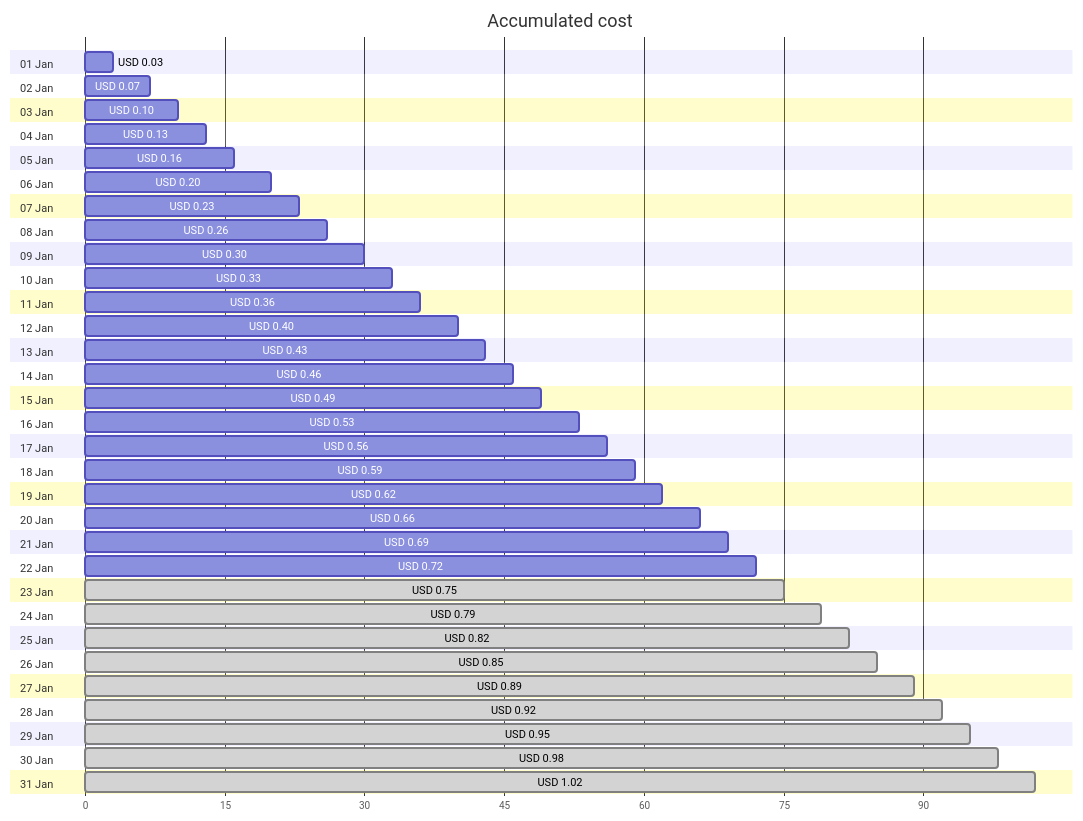
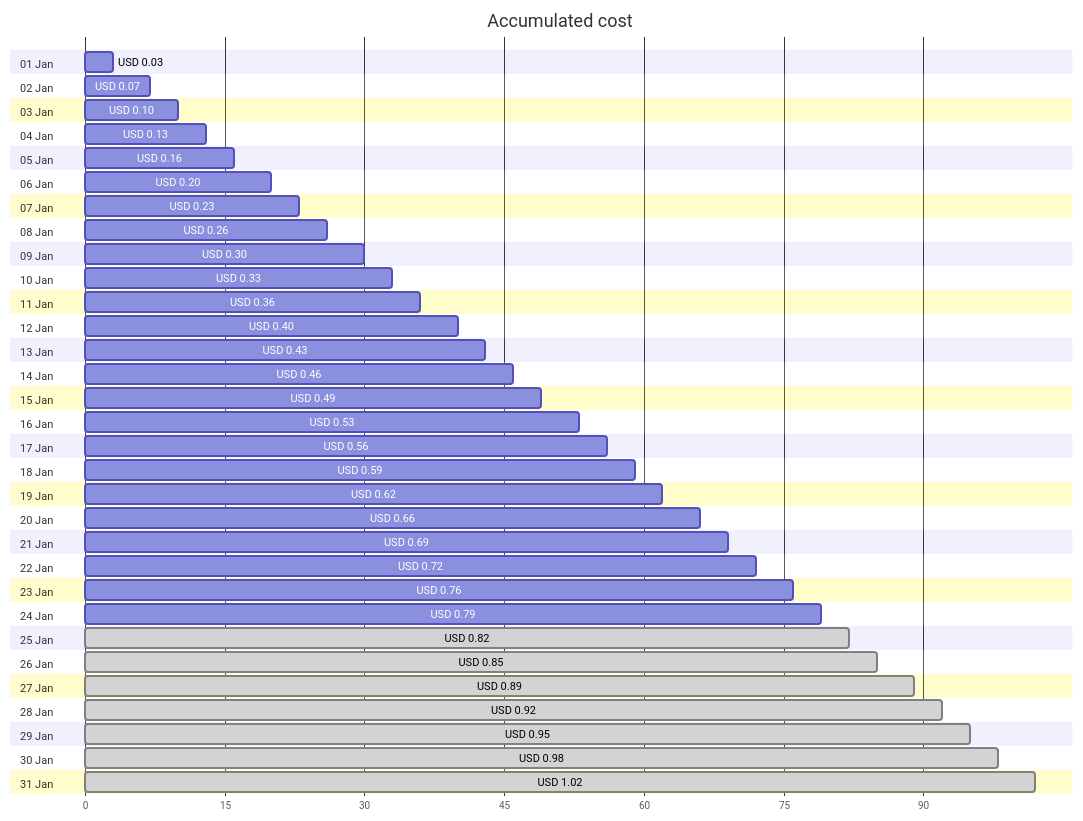
Before and after one commit to jpfulton/azure-personal-reports: the first of 4 diagrams in cost-reports/personal-dns/README.md, drawn with Mermaid. The commit also changed other lines of this file and 2 other files, not shown here.

````diff
--- a/cost-reports/personal-dns/README.md
+++ b/cost-reports/personal-dns/README.md
@@ -20,68 +20,68 @@
 ```mermaid
 gantt
    title Accumulated cost
    dateFormat  X
    axisFormat %s
    section 01 Jan
    USD 0.03 :0, 3
    section 02 Jan
    USD 0.07 :0, 7
    section 03 Jan
    USD 0.10 :0, 10
    section 04 Jan
    USD 0.13 :0, 13
    section 05 Jan
    USD 0.16 :0, 16
    section 06 Jan
    USD 0.20 :0, 20
    section 07 Jan
    USD 0.23 :0, 23
    section 08 Jan
    USD 0.26 :0, 26
    section 09 Jan
    USD 0.30 :0, 30
    section 10 Jan
    USD 0.33 :0, 33
    section 11 Jan
    USD 0.36 :0, 36
    section 12 Jan
    USD 0.40 :0, 40
    section 13 Jan
    USD 0.43 :0, 43
    section 14 Jan
    USD 0.46 :0, 46
    section 15 Jan
    USD 0.49 :0, 49
    section 16 Jan
    USD 0.53 :0, 53
    section 17 Jan
    USD 0.56 :0, 56
    section 18 Jan
    USD 0.59 :0, 59
    section 19 Jan
    USD 0.62 :0, 62
    section 20 Jan
    USD 0.66 :0, 66
    section 21 Jan
    USD 0.69 :0, 69
    section 22 Jan
    USD 0.72 :0, 72
    section 23 Jan
-   USD 0.75 : done, 0, 75
+   USD 0.76 :0, 76
    section 24 Jan
-   USD 0.79 : done, 0, 79
+   USD 0.79 :0, 79
    section 25 Jan
    USD 0.82 : done, 0, 82
    section 26 Jan
    USD 0.85 : done, 0, 85
    section 27 Jan
    USD 0.89 : done, 0, 89
    section 28 Jan
    USD 0.92 : done, 0, 92
    section 29 Jan
    USD 0.95 : done, 0, 95
    section 30 Jan
    USD 0.98 : done, 0, 98
    section 31 Jan
    USD 1.02 : done, 0, 102
 ```
````
